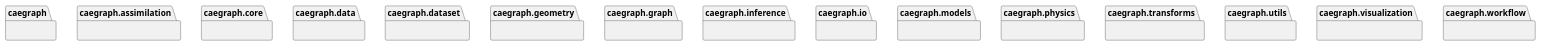
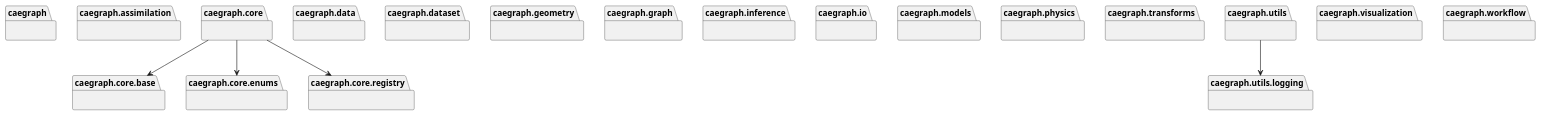
One commit to XYChouMian/caegraph changed the diagram in diagrams/generated/packages_caegraph.puml. Above: the diagram before and after it, drawn with PlantUML. The commit also changed 15 other files, not shown here.

Commit message:
feat(core): land phase 1 vocabulary, registry and logging

```diff
--- a/diagrams/generated/packages_caegraph.puml
+++ b/diagrams/generated/packages_caegraph.puml
@@ -1,33 +1,45 @@
 @startuml packages_caegraph
 set namespaceSeparator none
 package "caegraph" as caegraph {
 }
 package "caegraph.assimilation" as caegraph.assimilation {
 }
 package "caegraph.core" as caegraph.core {
+}
+package "caegraph.core.base" as caegraph.core.base {
+}
+package "caegraph.core.enums" as caegraph.core.enums {
+}
+package "caegraph.core.registry" as caegraph.core.registry {
 }
 package "caegraph.data" as caegraph.data {
 }
 package "caegraph.dataset" as caegraph.dataset {
 }
 package "caegraph.geometry" as caegraph.geometry {
 }
 package "caegraph.graph" as caegraph.graph {
 }
 package "caegraph.inference" as caegraph.inference {
 }
 package "caegraph.io" as caegraph.io {
 }
 package "caegraph.models" as caegraph.models {
 }
 package "caegraph.physics" as caegraph.physics {
 }
 package "caegraph.transforms" as caegraph.transforms {
 }
 package "caegraph.utils" as caegraph.utils {
 }
+package "caegraph.utils.logging" as caegraph.utils.logging {
+}
 package "caegraph.visualization" as caegraph.visualization {
 }
 package "caegraph.workflow" as caegraph.workflow {
 }
+caegraph.core --> caegraph.core.base
+caegraph.core --> caegraph.core.enums
+caegraph.core --> caegraph.core.registry
+caegraph.utils --> caegraph.utils.logging
 @enduml
```
